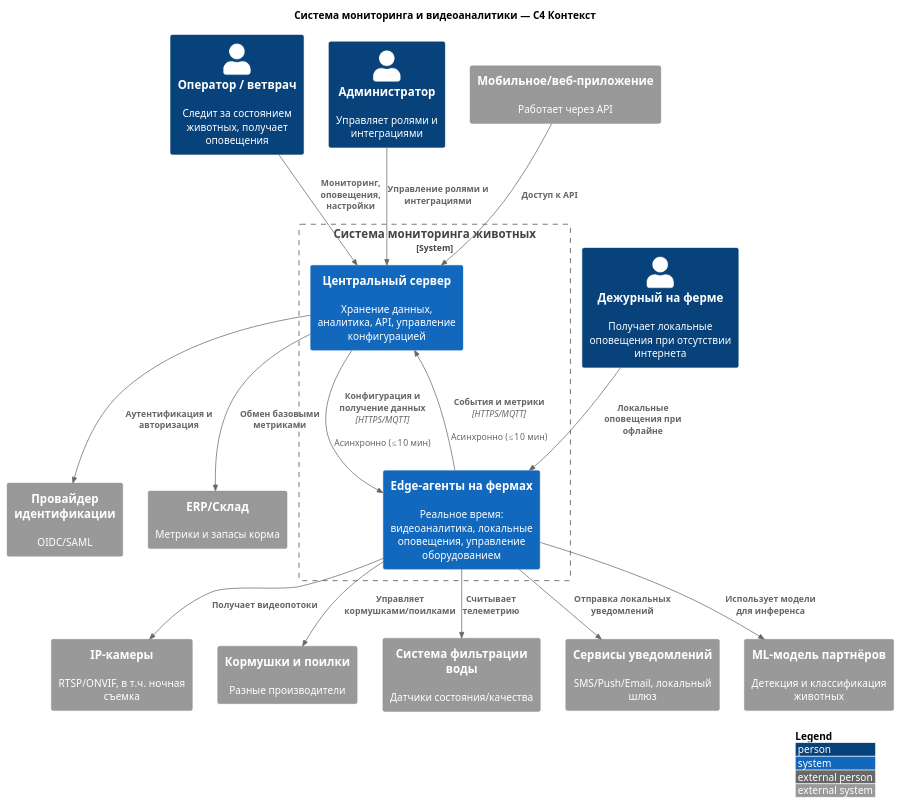
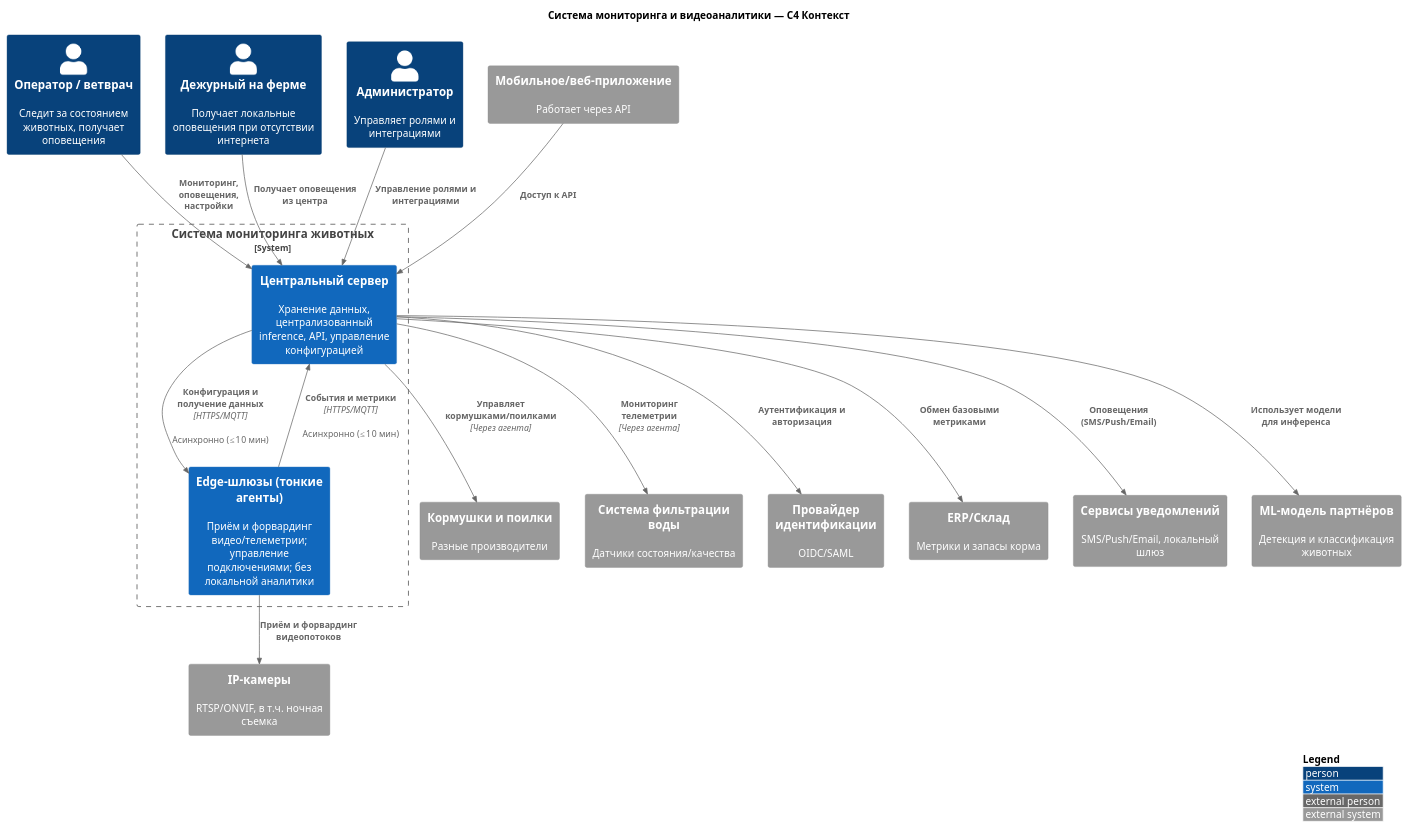
Before and after one commit to spomprt/MSA-AgroTech: the diagram in Task1/v2/c1.puml, drawn with PlantUML. The commit also changed 9 other files, not shown here.

```diff
--- a/Task1/v2/c1.puml
+++ b/Task1/v2/c1.puml
@@ -1,48 +1,48 @@
 @startuml
 !includeurl https://raw.githubusercontent.com/plantuml-stdlib/C4-PlantUML/master/C4_Context.puml
 
 title Система мониторинга и видеоаналитики — C4 Контекст
 
 LAYOUT_WITH_LEGEND()
 
 ' Акторы
 Person(operator, "Оператор / ветврач", "Следит за состоянием животных, получает оповещения")
 Person(oncall, "Дежурный на ферме", "Получает локальные оповещения при отсутствии интернета")
 Person(admin, "Администратор", "Управляет ролями и интеграциями")
 
 ' Система
 System_Boundary(sys, "Система мониторинга животных") {
-    System(central, "Центральный сервер", "Хранение данных, аналитика, API, управление конфигурацией")
-    System(agents, "Edge-агенты на фермах", "Реальное время: видеоаналитика, локальные оповещения, управление оборудованием")
+    System(central, "Центральный сервер", "Хранение данных, централизованный inference, API, управление конфигурацией")
+    System(agents, "Edge-шлюзы (тонкие агенты)", "Приём и форвардинг видео/телеметрии; управление подключениями; без локальной аналитики")
 }
 
 ' Внешние системы
 System_Ext(cameras, "IP-камеры", "RTSP/ONVIF, в т.ч. ночная съемка")
 System_Ext(feeders, "Кормушки и поилки", "Разные производители")
 System_Ext(water, "Система фильтрации воды", "Датчики состояния/качества")
 System_Ext(idp, "Провайдер идентификации", "OIDC/SAML")
 System_Ext(erp, "ERP/Склад", "Метрики и запасы корма")
 System_Ext(notify, "Сервисы уведомлений", "SMS/Push/Email, локальный шлюз")
 System_Ext(ml, "ML-модель партнёров", "Детекция и классификация животных")
 System_Ext(apps, "Мобильное/веб-приложение", "Работает через API")
 
 ' Связи пользователей
 Rel(operator, central, "Мониторинг, оповещения, настройки")
 Rel(admin, central, "Управление ролями и интеграциями")
-Rel(oncall, agents, "Локальные оповещения при офлайне")
+Rel(oncall, central, "Получает оповещения из центра")
 
 ' Связи внутри системы
 Rel(central, agents, "Конфигурация и получение данных", "HTTPS/MQTT", "Асинхронно (≤10 мин)")
 Rel(agents, central, "События и метрики", "HTTPS/MQTT", "Асинхронно (≤10 мин)")
 
 ' Интеграции
-Rel(agents, cameras, "Получает видеопотоки")
-Rel(agents, feeders, "Управляет кормушками/поилками")
-Rel(agents, water, "Считывает телеметрию")
-Rel(agents, notify, "Отправка локальных уведомлений")
+Rel(agents, cameras, "Приём и форвардинг видеопотоков")
+Rel(central, feeders, "Управляет кормушками/поилками", "Через агента")
+Rel(central, water, "Мониторинг телеметрии", "Через агента")
+Rel(central, notify, "Оповещения (SMS/Push/Email)")
 Rel(central, idp, "Аутентификация и авторизация")
 Rel(central, erp, "Обмен базовыми метриками")
 Rel(apps, central, "Доступ к API")
-Rel(agents, ml, "Использует модели для инференса")
+Rel(central, ml, "Использует модели для инференса")
 
 @enduml
```
